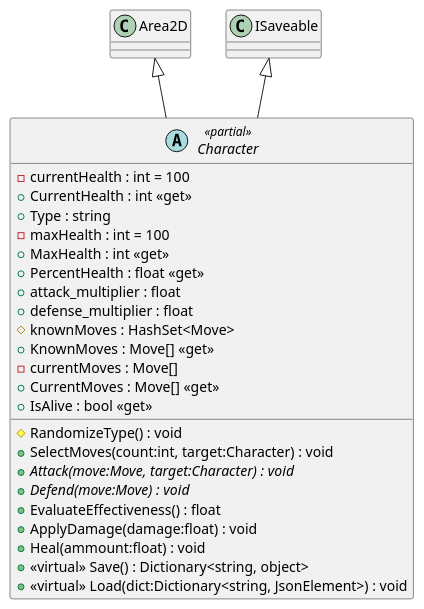
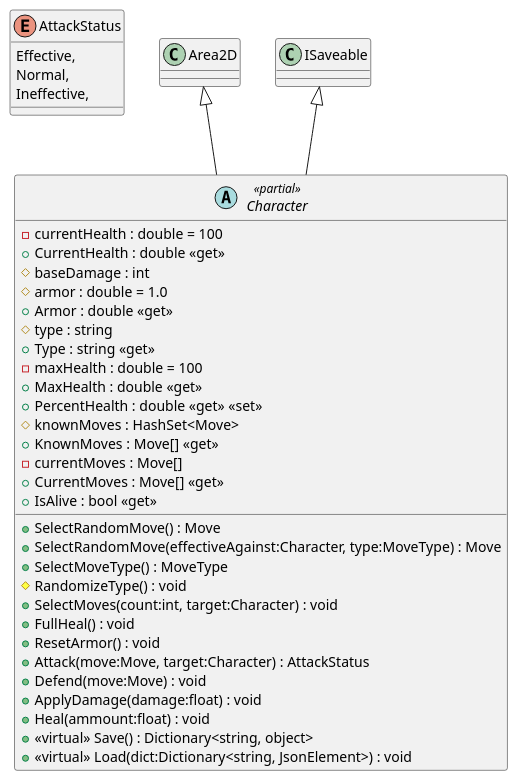
One commit to Leximon-SWE-2025/Leximon changed the diagram in PlantUML/scenes/Character.puml. Above: the diagram before and after it, drawn with PlantUML. The commit also changed 13 other files, not shown here.

Commit message:
update UML

```diff
--- a/PlantUML/scenes/Character.puml
+++ b/PlantUML/scenes/Character.puml
@@ -1,28 +1,39 @@
 @startuml
+enum AttackStatus {
+    Effective,
+    Normal,
+    Ineffective,
+}
 abstract class Character <<partial>> {
-    - currentHealth : int = 100
-    + CurrentHealth : int <<get>>
-    + Type : string
-    - maxHealth : int = 100
-    + MaxHealth : int <<get>>
-    + PercentHealth : float <<get>>
-    + attack_multiplier : float
-    + defense_multiplier : float
+    - currentHealth : double = 100
+    + CurrentHealth : double <<get>>
+    # baseDamage : int
+    # armor : double = 1.0
+    + Armor : double <<get>>
+    # type : string
+    + Type : string <<get>>
+    - maxHealth : double = 100
+    + MaxHealth : double <<get>>
+    + PercentHealth : double <<get>> <<set>>
     # knownMoves : HashSet<Move>
     + KnownMoves : Move[] <<get>>
     - currentMoves : Move[]
     + CurrentMoves : Move[] <<get>>
     + IsAlive : bool <<get>>
+    + SelectRandomMove() : Move
+    + SelectRandomMove(effectiveAgainst:Character, type:MoveType) : Move
+    + SelectMoveType() : MoveType
     # RandomizeType() : void
     + SelectMoves(count:int, target:Character) : void
-    + {abstract} Attack(move:Move, target:Character) : void
-    + {abstract} Defend(move:Move) : void
-    + EvaluateEffectiveness() : float
+    + FullHeal() : void
+    + ResetArmor() : void
+    + Attack(move:Move, target:Character) : AttackStatus
+    + Defend(move:Move) : void
     + ApplyDamage(damage:float) : void
     + Heal(ammount:float) : void
     + <<virtual>> Save() : Dictionary<string, object>
     + <<virtual>> Load(dict:Dictionary<string, JsonElement>) : void
 }
 Area2D <|-- Character
 ISaveable <|-- Character
 @enduml
```
